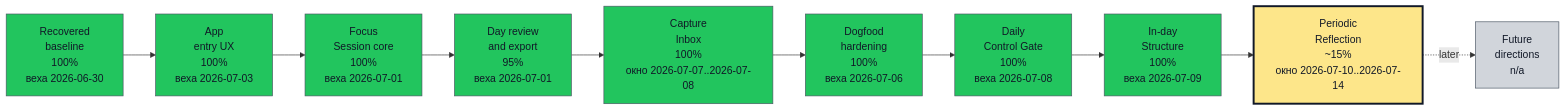
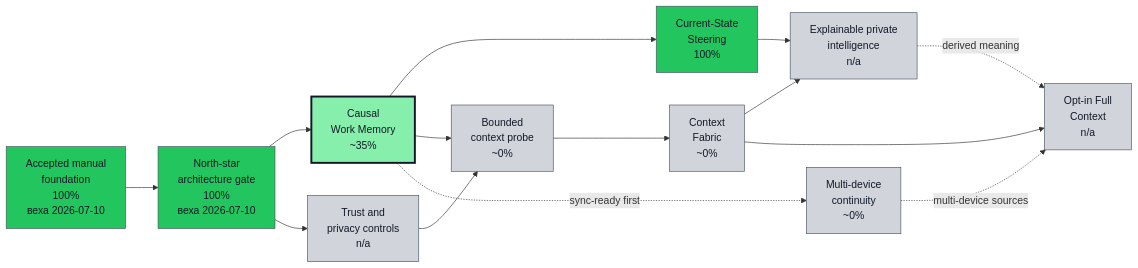
The first of 2 diagrams in docs/roadmap/opskarta.md (asukhodko/timeskein), drawn with Mermaid before and after one commit. The commit also changed other lines of this file and 109 other files, not shown here.

Commit message:
feat: add causal work memory and operational reality

````diff
--- a/docs/roadmap/opskarta.md
+++ b/docs/roadmap/opskarta.md
@@ -56,44 +46,48 @@
 ```mermaid
 flowchart LR
 
     classDef exec_done fill:#22c55e,stroke:#4b5563,color:#111827,stroke-width:1px
     classDef exec_in_progress fill:#0ea5e9,stroke:#4b5563,color:#111827,stroke-width:1px
     classDef exec_blocked fill:#fecaca,stroke:#4b5563,color:#111827,stroke-width:1px
     classDef exec_not_started fill:#9ca3af,stroke:#4b5563,color:#111827,stroke-width:1px
     classDef exec_mgmt_green fill:#86efac,stroke:#4b5563,color:#111827,stroke-width:1px
     classDef exec_mgmt_yellow fill:#fde68a,stroke:#4b5563,color:#111827,stroke-width:1px
     classDef exec_mgmt_red fill:#fca5a5,stroke:#4b5563,color:#111827,stroke-width:1px
     classDef exec_mgmt_neutral fill:#d1d5db,stroke:#4b5563,color:#111827,stroke-width:1px
 
-    recovered_baseline["Recovered<br/>baseline<br/>100%<br/>веха 2026-06-30"]
-    class recovered_baseline exec_done
-    app_entry_ux["App<br/>entry UX<br/>100%<br/>веха 2026-07-03"]
-    class app_entry_ux exec_done
-    focus_session_core["Focus<br/>Session core<br/>100%<br/>веха 2026-07-01"]
-    class focus_session_core exec_done
-    day_review_export["Day review<br/>and export<br/>95%<br/>веха 2026-07-01"]
-    class day_review_export exec_done
-    capture_inbox["Capture<br/>Inbox<br/>100%<br/>окно 2026-07-07..2026-07-08"]
-    class capture_inbox exec_done
-    dogfood_hardening["Dogfood<br/>hardening<br/>100%<br/>веха 2026-07-06"]
-    class dogfood_hardening exec_done
-    daily_control_gate["Daily<br/>Control Gate<br/>100%<br/>веха 2026-07-08"]
-    class daily_control_gate exec_done
-    in_day_structure["In-day<br/>Structure<br/>100%<br/>веха 2026-07-09"]
-    class in_day_structure exec_done
-    periodic_reflection["Periodic<br/>Reflection<br/>~15%<br/>окно 2026-07-10..2026-07-14"]
-    class periodic_reflection exec_mgmt_yellow
-    style periodic_reflection stroke:#111827,stroke-width:3px
-    future_directions["Future<br/>directions<br/>n/a"]
-    class future_directions exec_mgmt_neutral
+    accepted_foundation["Accepted manual<br/>foundation<br/>100%<br/>веха 2026-07-10"]
+    class accepted_foundation exec_done
+    architecture_gate["North-star<br/>architecture gate<br/>100%<br/>веха 2026-07-10"]
+    class architecture_gate exec_done
+    causal_memory["Causal<br/>Work Memory<br/>~35%"]
+    class causal_memory exec_mgmt_green
+    style causal_memory stroke:#111827,stroke-width:3px
+    current_steering["Current-State<br/>Steering<br/>100%"]
+    class current_steering exec_done
+    trust_controls["Trust and<br/>privacy controls<br/>n/a"]
+    class trust_controls exec_mgmt_neutral
+    bounded_context_probe["Bounded<br/>context probe<br/>~0%"]
+    class bounded_context_probe exec_mgmt_neutral
+    context_fabric["Context<br/>Fabric<br/>~0%"]
+    class context_fabric exec_mgmt_neutral
+    private_intelligence["Explainable private<br/>intelligence<br/>n/a"]
+    class private_intelligence exec_mgmt_neutral
+    continuity["Multi-device<br/>continuity<br/>~0%"]
+    class continuity exec_mgmt_neutral
+    full_context["Opt-in Full<br/>Context<br/>n/a"]
+    class full_context exec_mgmt_neutral
 
-    recovered_baseline --> app_entry_ux
-    app_entry_ux --> focus_session_core
-    focus_session_core --> day_review_export
-    day_review_export --> capture_inbox
-    capture_inbox --> dogfood_hardening
-    dogfood_hardening --> daily_control_gate
-    daily_control_gate --> in_day_structure
-    in_day_structure --> periodic_reflection
-    periodic_reflection -. later .-> future_directions
+    accepted_foundation --> architecture_gate
+    architecture_gate --> causal_memory
+    causal_memory --> current_steering
+    architecture_gate --> trust_controls
+    causal_memory --> bounded_context_probe
+    trust_controls --> bounded_context_probe
+    bounded_context_probe --> context_fabric
+    current_steering --> private_intelligence
+    context_fabric --> private_intelligence
+    causal_memory -. sync-ready first .-> continuity
+    context_fabric --> full_context
+    private_intelligence -. derived meaning .-> full_context
+    continuity -. multi-device sources .-> full_context
 ```
````
